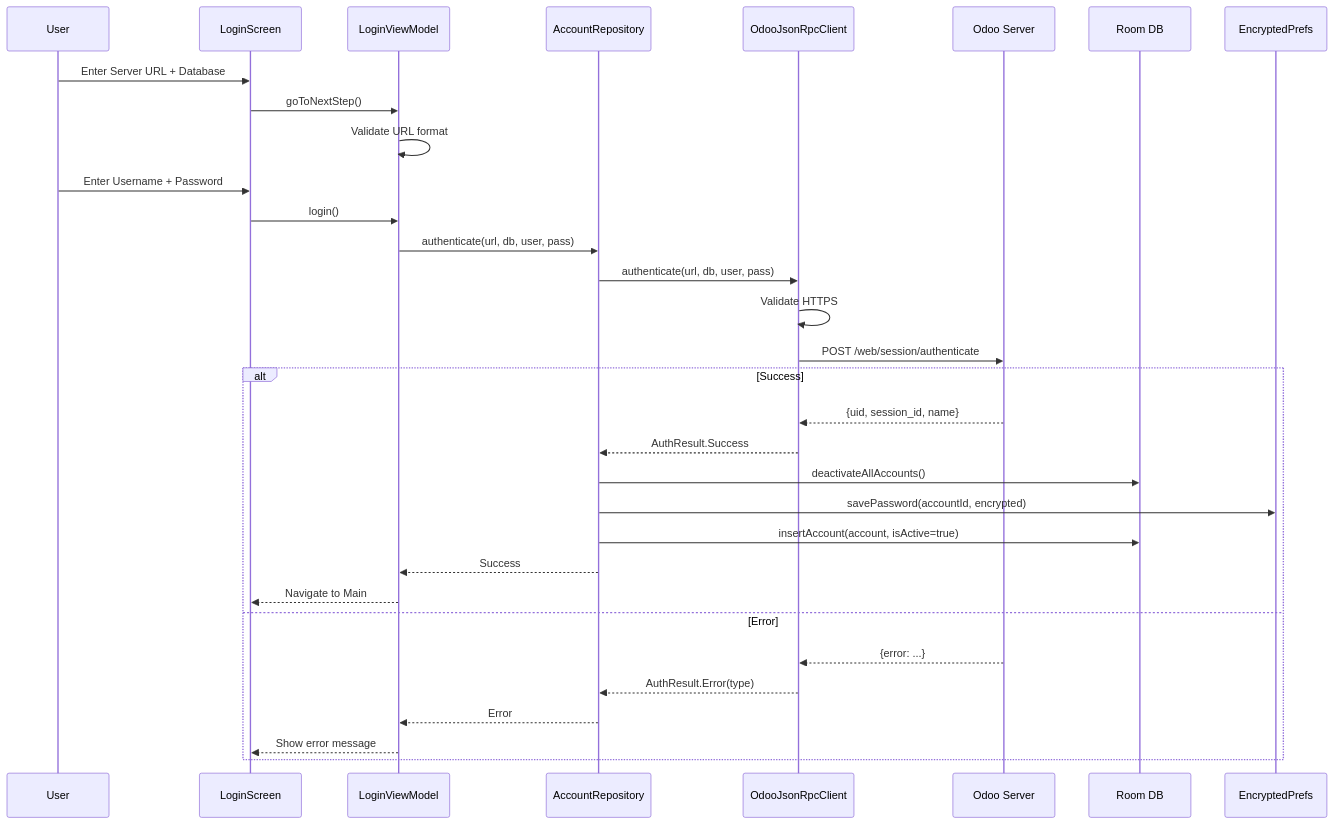
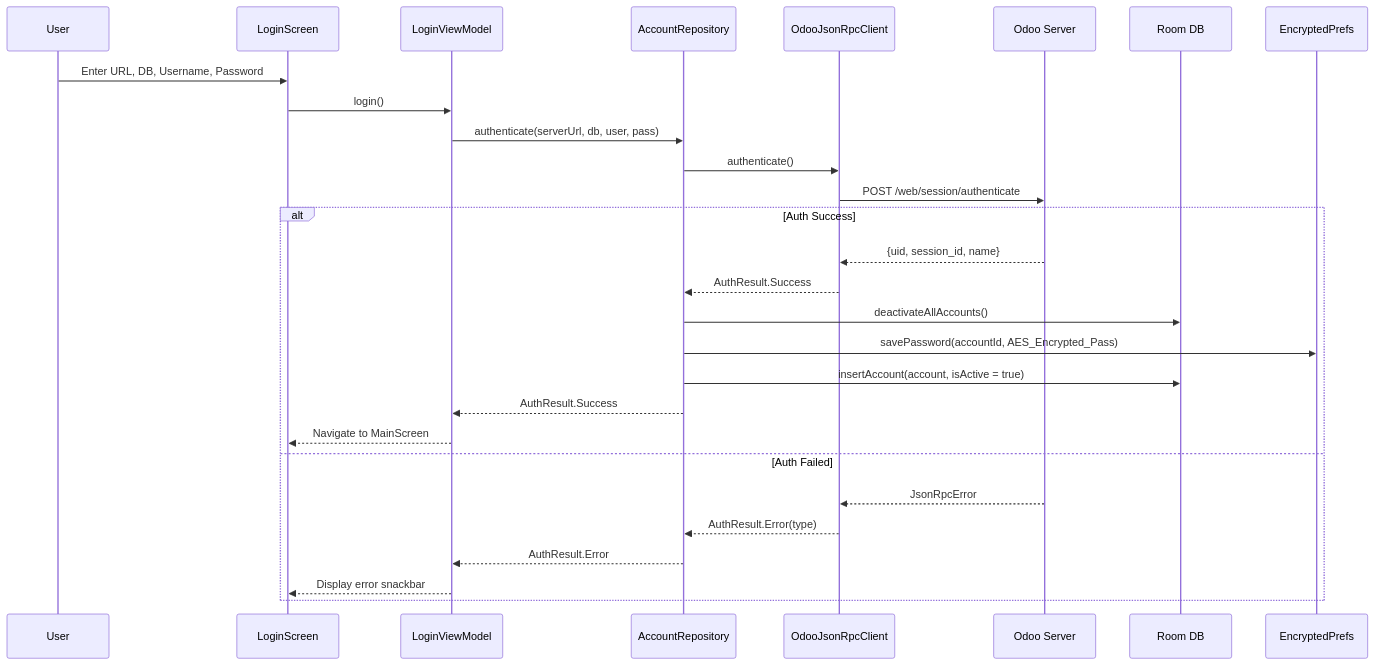
One commit to WOOWTECH/Woow_odoo_app changed the seventh of 22 diagrams in docs/architecture-overview.md. Above: the diagram before and after it, drawn with Mermaid. The commit also changed other lines of this file, not shown here.

First line of the commit message:
docs(arch): merge v1.4.1 architecture rewrite with audited legacy sections

````diff
--- a/docs/architecture-overview.md
+++ b/docs/architecture-overview.md
@@ -351,38 +365,32 @@
 ```mermaid
 sequenceDiagram
     participant User
     participant LoginScreen
-    participant LoginViewModel
-    participant AccountRepo as AccountRepository
+    participant LoginVM as LoginViewModel
+    participant AccRepo as AccountRepository
     participant RPC as OdooJsonRpcClient
     participant Odoo as Odoo Server
     participant Room as Room DB
     participant Prefs as EncryptedPrefs
 
-    User->>LoginScreen: Enter Server URL + Database
-    LoginScreen->>LoginViewModel: goToNextStep()
-    LoginViewModel->>LoginViewModel: Validate URL format
-
-    User->>LoginScreen: Enter Username + Password
-    LoginScreen->>LoginViewModel: login()
-    LoginViewModel->>AccountRepo: authenticate(url, db, user, pass)
-
-    AccountRepo->>RPC: authenticate(url, db, user, pass)
-    RPC->>RPC: Validate HTTPS
+    User->>LoginScreen: Enter URL, DB, Username, Password
+    LoginScreen->>LoginVM: login()
+    LoginVM->>AccRepo: authenticate(serverUrl, db, user, pass)
+    AccRepo->>RPC: authenticate()
     RPC->>Odoo: POST /web/session/authenticate
-
-    alt Success
+    
+    alt Auth Success
         Odoo-->>RPC: {uid, session_id, name}
-        RPC-->>AccountRepo: AuthResult.Success
-        AccountRepo->>Room: deactivateAllAccounts()
-        AccountRepo->>Prefs: savePassword(accountId, encrypted)
-        AccountRepo->>Room: insertAccount(account, isActive=true)
-        AccountRepo-->>LoginViewModel: Success
-        LoginViewModel-->>LoginScreen: Navigate to Main
-    else Error
-        Odoo-->>RPC: {error: ...}
-        RPC-->>AccountRepo: AuthResult.Error(type)
-        AccountRepo-->>LoginViewModel: Error
-        LoginViewModel-->>LoginScreen: Show error message
+        RPC-->>AccRepo: AuthResult.Success
+        AccRepo->>Room: deactivateAllAccounts()
+        AccRepo->>Prefs: savePassword(accountId, AES_Encrypted_Pass)
+        AccRepo->>Room: insertAccount(account, isActive = true)
+        AccRepo-->>LoginVM: AuthResult.Success
+        LoginVM-->>LoginScreen: Navigate to MainScreen
+    else Auth Failed
+        Odoo-->>RPC: JsonRpcError
+        RPC-->>AccRepo: AuthResult.Error(type)
+        AccRepo-->>LoginVM: AuthResult.Error
+        LoginVM-->>LoginScreen: Display error snackbar
     end
 ```
````
